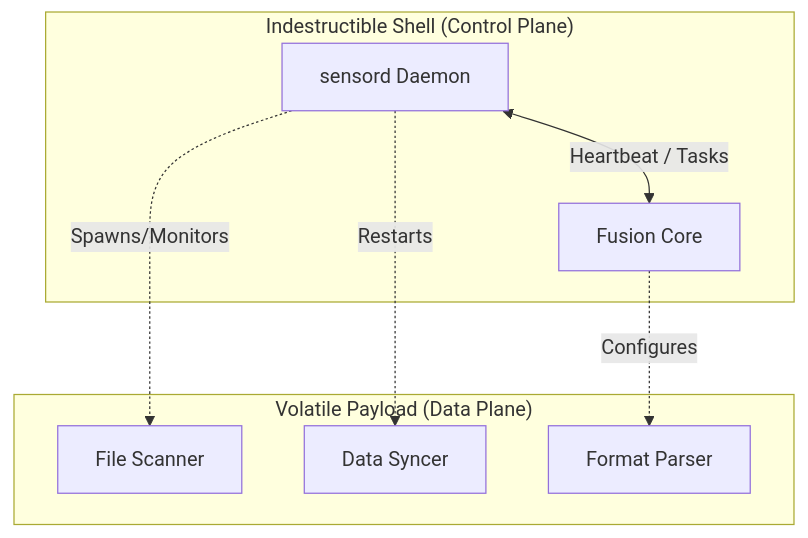
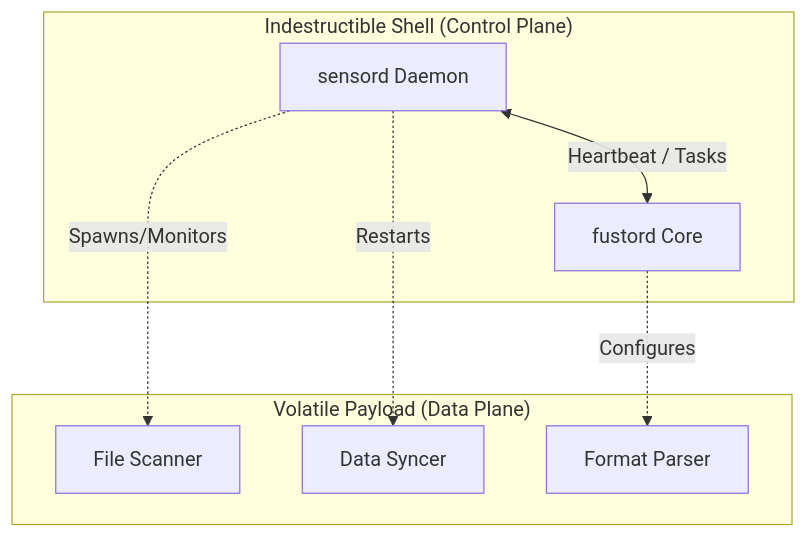
The diagram in specs/L0-VISION.md (excelwang/fustor-data-platform), drawn with Mermaid before and after one commit. The commit also changed other lines of this file and 345 other files, not shown here.

Commit message:
feat: Introduce `sensord` component, refactor core logic, update E2E tests, and align documentation.

````diff
--- a/specs/L0-VISION.md
+++ b/specs/L0-VISION.md
@@ -42,16 +42,16 @@
 ```mermaid
 graph TD
     subgraph "Indestructible Shell (Control Plane)"
-        sensordDaemon[sensord Daemon] <-->|Heartbeat / Tasks| FusionCore[Fusion Core]
+        sensordDaemon[sensord Daemon] <-->|Heartbeat / Tasks| fustordCore[fustord Core]
     end
 
     subgraph "Volatile Payload (Data Plane)"
         Scanner[File Scanner]
         Syncer[Data Syncer]
         Parser[Format Parser]
     end
 
     sensordDaemon -.->|Spawns/Monitors| Scanner
     sensordDaemon -.->|Restarts| Syncer
-    FusionCore -.->|Configures| Parser
+    fustordCore -.->|Configures| Parser
 ```
````
